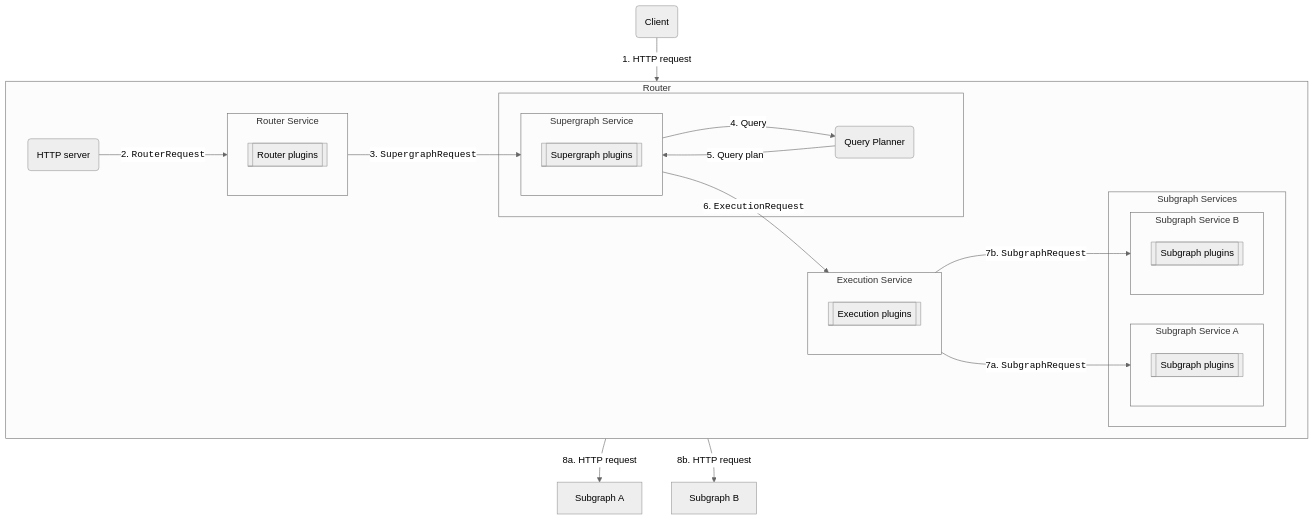
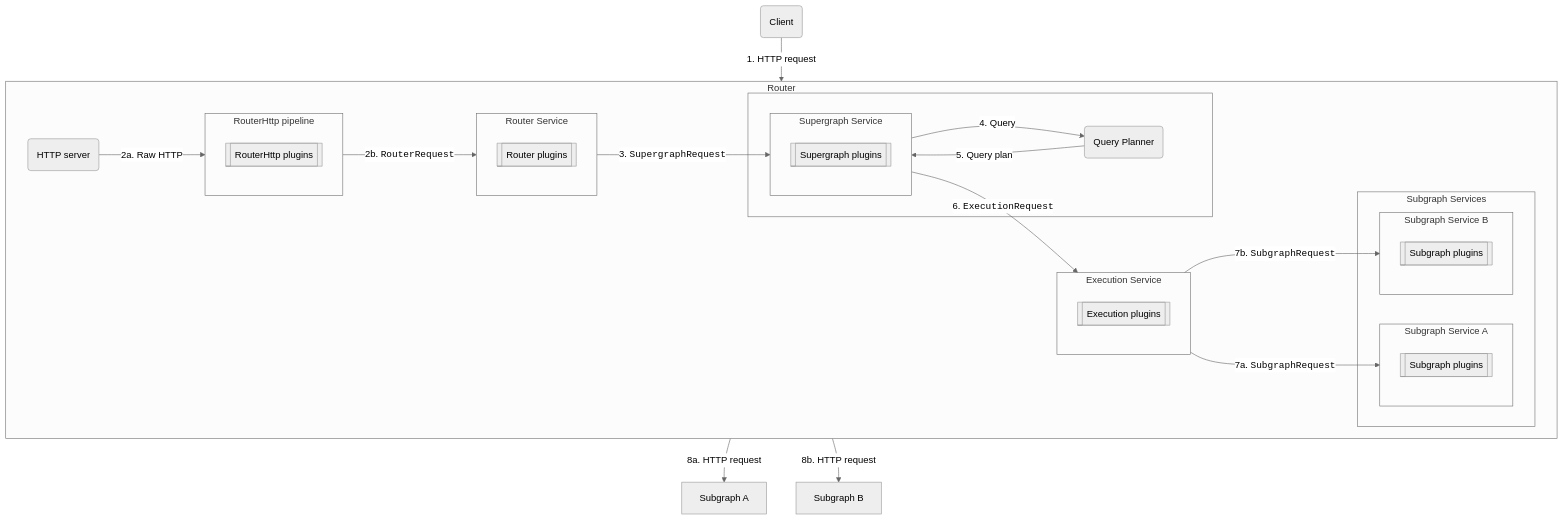
The first of 6 diagrams in docs/source/routing/request-lifecycle.mdx (apollographql/router), drawn with Mermaid (neutral theme) before and after one commit. The commit also changed other lines of this file and 16 other files, not shown here.

````diff
--- a/docs/source/routing/request-lifecycle.mdx
+++ b/docs/source/routing/request-lifecycle.mdx
@@ -31,46 +32,50 @@
 ```mermaid
 flowchart TB;
     client(Client);
     subgraph router["Router"]
         direction LR
         httpServer("HTTP server")
+        subgraph routerHttp["RouterHttp pipeline"]
+            routerHttpPlugins[[RouterHttp plugins]];
+        end
         subgraph routerService["Router Service"]
             routerPlugins[[Router plugins]];
         end
         subgraph " "
             subgraph supergraphService["Supergraph Service"]
                 supergraphPlugins[[Supergraph plugins]];
             end
             queryPlanner("Query Planner");
         end
         
         
         subgraph executionService["Execution Service"]
             executionPlugins[[Execution plugins]];
         end
 
         subgraph subgraphService["Subgraph Services"]
             subgraph service1["Subgraph Service A"]
             subgraphPlugins1[[Subgraph plugins]];
             end
             subgraph service2["Subgraph Service B"]
             subgraphPlugins2[[Subgraph plugins]];
             end            
         end
     end;
 subgraphA[Subgraph A];
 subgraphB[Subgraph B];
 
 client --"1. HTTP request"--> httpServer;
-httpServer --"2. <code>RouterRequest</code>"--> routerService;
+httpServer --"2a. Raw HTTP"--> routerHttp;
+routerHttp --"2b. <code>RouterRequest</code>"--> routerService;
 routerService --"3. <code>SupergraphRequest</code>"--> supergraphService
 supergraphService --"4. Query"--> queryPlanner;
 queryPlanner --"5. Query plan"--> supergraphService;
 supergraphService --"6. <code>ExecutionRequest</code>"--> executionService;
 
 executionService --"7a. <code>SubgraphRequest</code>"--> service1;
 executionService --"7b. <code>SubgraphRequest</code>"--> service2;
 
 service1 --"8a. HTTP request"--> subgraphA;
 service2 --"8b. HTTP request"--> subgraphB;
 ```
````
